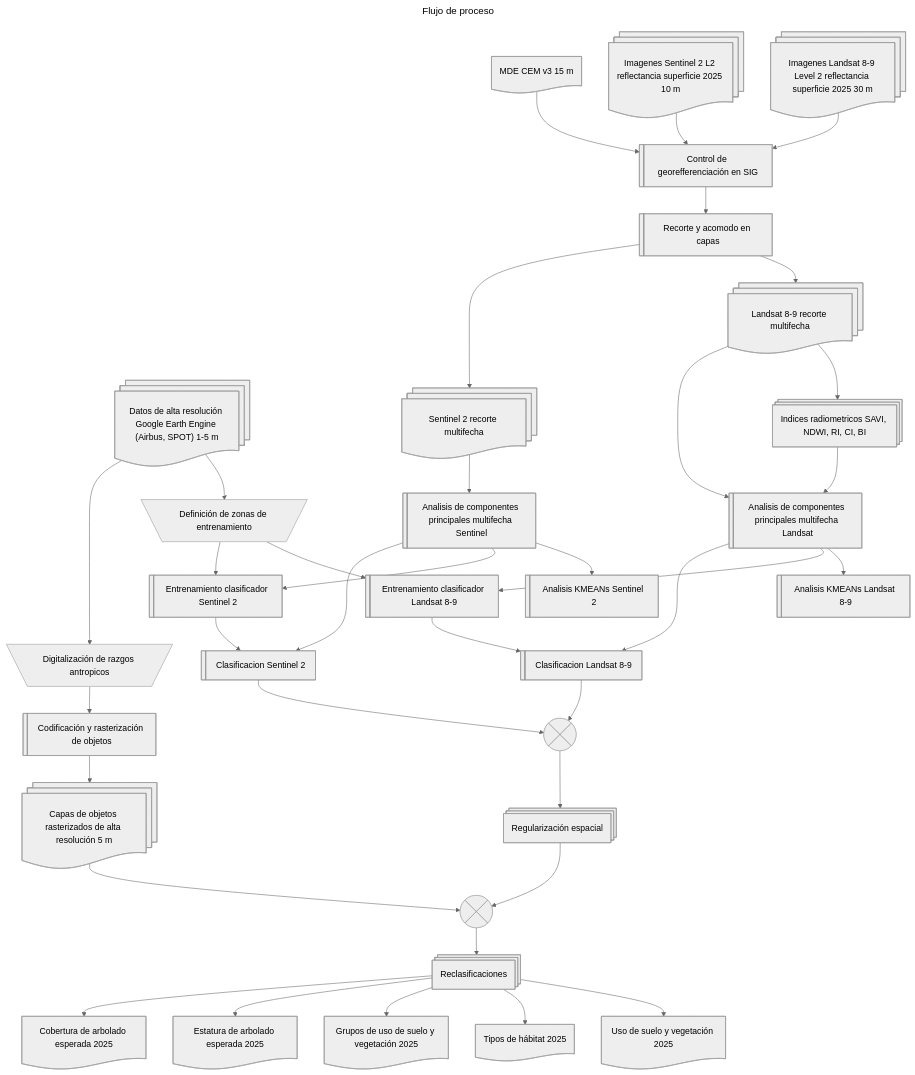
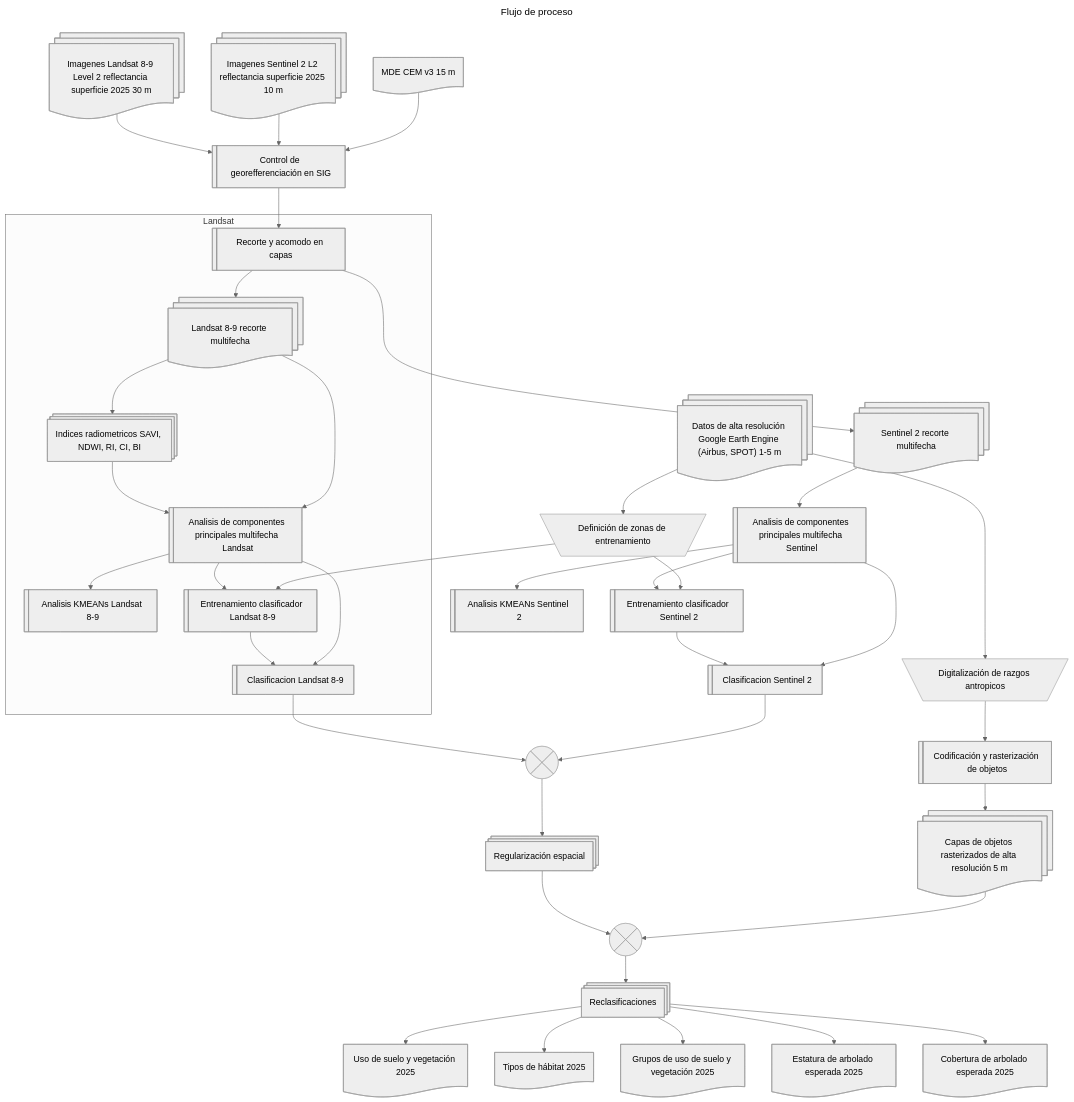
One commit to vshalisko/mixed_GIS_related_scripts changed the diagram in LULC/Tapalpa_flujo_de_proceso.mermaid. Above: the diagram before and after it, drawn with Mermaid (neutral theme).

```diff
--- a/LULC/Tapalpa_flujo_de_proceso.mermaid
+++ b/LULC/Tapalpa_flujo_de_proceso.mermaid
@@ -1,76 +1,82 @@
 ---
 title: Flujo de proceso
 ---
 flowchart TD
     L8@{ shape: docs, label: "Imagenes Landsat 8-9 Level 2 reflectancia superficie 2025 30 m"}
     S2@{ shape: docs, label: "Imagenes Sentinel 2 L2 reflectancia superficie 2025 10 m"}
     HR@{ shape: docs, label: "Datos de alta resolución Google Earth Engine (Airbus, SPOT) 1-5 m"}
     MDE@{ shape: doc, label: "MDE CEM v3 15 m"}
     SIG@{ shape: lin-rect, label: "Control de georefferenciación en SIG"}
     CLIP@{ shape: lin-rect, label: "Recorte y acomodo en capas"}
     SAVI@{ shape: procs, label: "Indices radiometricos SAVI, NDWI, RI, CI, BI"}
     PCA1@{ shape: lin-rect, label: "Analisis de componentes principales multifecha Landsat"}
     PCA2@{ shape: lin-rect, label: "Analisis de componentes principales multifecha Sentinel"}
     L8C@{ shape: docs, label: "Landsat 8-9 recorte multifecha"}
     S2C@{ shape: docs, label: "Sentinel 2 recorte multifecha"}
     DIG@{ shape: trap-t, label: "Digitalización de razgos antropicos"}
     DIGR@{ shape: lin-rect, label: "Codificación y rasterización de objetos"}
     HRR@{ shape: docs, label: "Capas de objetos rasterizados de alta resolución 5 m"}
     TZ@{ shape: trap-t, label: "Definición de zonas de entrenamiento"}
     KMEAN1@{ shape: lin-rect, label: "Analisis KMEANs Landsat 8-9"}
     KMEAN2@{ shape: lin-rect, label: "Analisis KMEANs Sentinel 2"}
     TRAIN1@{ shape: lin-rect, label: "Entrenamiento clasificador Landsat 8-9"}
     TRAIN2@{ shape: lin-rect, label: "Entrenamiento clasificador Sentinel 2"}
     CLASS1@{ shape: lin-rect, label: "Clasificacion Landsat 8-9"}
     CLASS2@{ shape: lin-rect, label: "Clasificacion Sentinel 2"}
     REG@{ shape: procs, label: "Regularización espacial"}
     FUS1@{ shape: cross-circ, label: "Fusión de clasificaicones" }
     FUS2@{ shape: cross-circ, label: "Fusión con objetos rasterizados" }
     RECLASS@{ shape: procs, label: "Reclasificaciones"}
     LULC@{ shape: doc, label: "Uso de suelo y vegetación 2025"}
     LULCG@{ shape: doc, label: "Grupos de uso de suelo y vegetación 2025"}
     LULCH@{ shape: doc, label: "Tipos de hábitat 2025"}
     LULCA@{ shape: doc, label: "Estatura de arbolado esperada 2025"}
     LULCC@{ shape: doc, label: "Cobertura de arbolado esperada 2025"}
 
 
     
 
     L8-->SIG
     S2-->SIG
     MDE-->SIG
+    SIG-->CLIP
+
+    subgraph s1["Landsat"]
+        CLIP-->L8C
+        L8C-->SAVI
+        SAVI-->PCA1
+        L8C-->PCA1
+        PCA1-->KMEAN1
+        PCA1-->TRAIN1
+        TRAIN1-->CLASS1
+        PCA1-->CLASS1
+    end
     
-    SIG-->CLIP
-    CLIP-->L8C
     CLIP-->S2C
-    L8C-->SAVI
-    SAVI-->PCA1
-    L8C-->PCA1
     S2C-->PCA2
-    PCA1-->KMEAN1
     PCA2-->KMEAN2
-    PCA1-->TRAIN1
+
     PCA2-->TRAIN2
-    TRAIN1-->CLASS1
+
     TRAIN2-->CLASS2
-    PCA1-->CLASS1
+
     PCA2-->CLASS2
     CLASS1-->FUS1
     CLASS2-->FUS1
 
     HR-->TZ
     TZ-->TRAIN1
     TZ-->TRAIN2
     HR-->DIG
     DIG-->DIGR
     DIGR-->HRR
     FUS1-->REG
     REG-->FUS2
     HRR-->FUS2
 
     FUS2-->RECLASS
     RECLASS-->LULC
     RECLASS-->LULCH
     RECLASS-->LULCG
     RECLASS-->LULCA
     RECLASS-->LULCC
```
